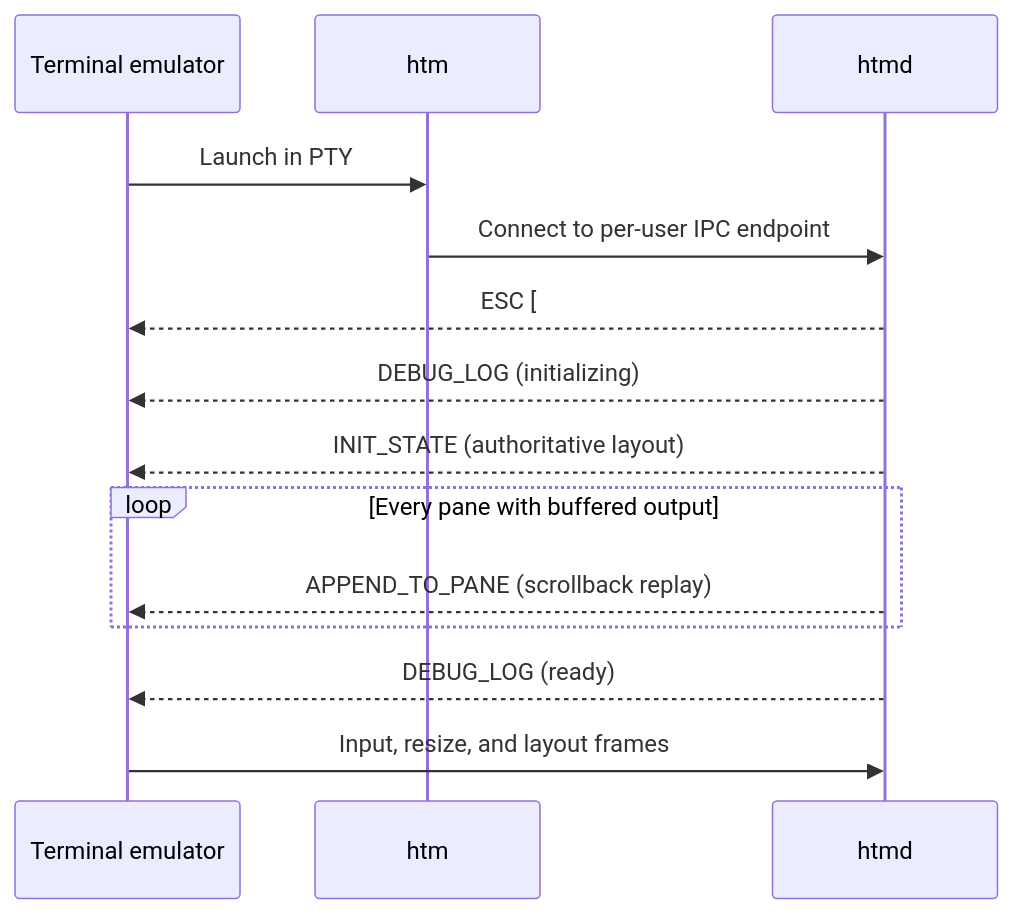
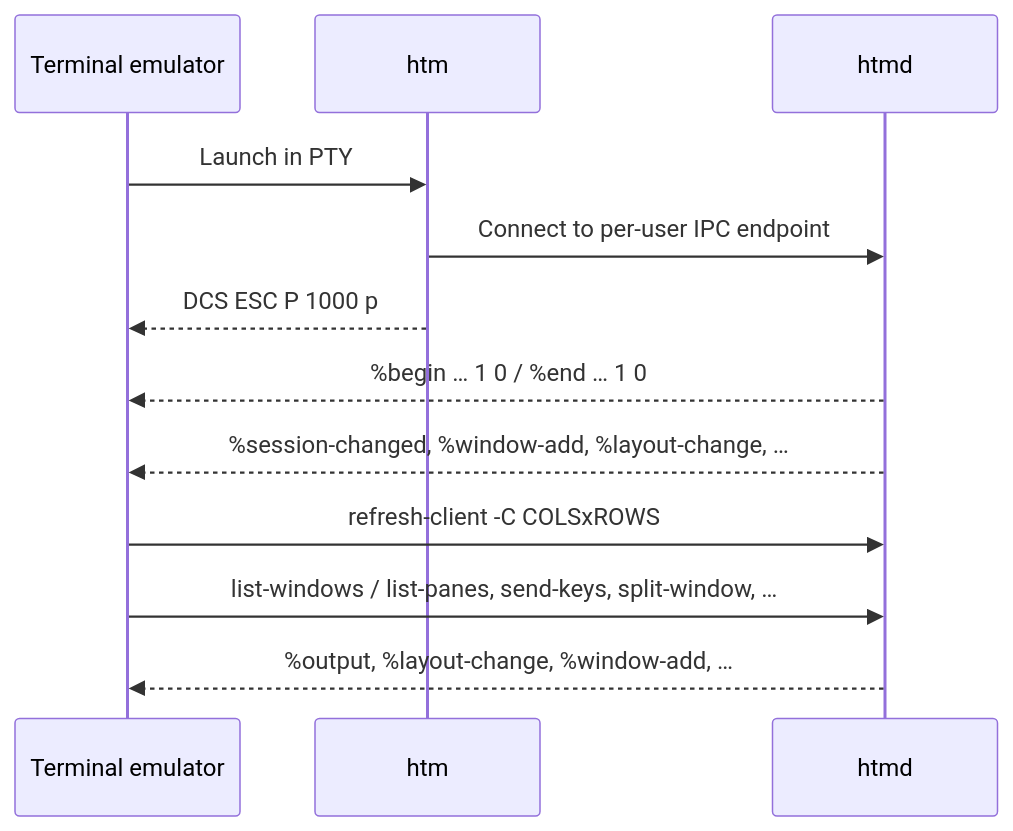
One commit to MisterTea/EternalTerminal changed the diagram in docs/htm-terminal-protocol.md. Above: the diagram before and after it, drawn with Mermaid. The commit also changed other lines of this file and 23 other files, not shown here.

````diff
--- a/docs/htm-terminal-protocol.md
+++ b/docs/htm-terminal-protocol.md
@@ -195,17 +70,15 @@
 ```mermaid
 sequenceDiagram
     participant E as Terminal emulator
     participant H as htm
     participant D as htmd
 
     E->>H: Launch in PTY
     H->>D: Connect to per-user IPC endpoint
-    D-->>E: ESC [ # # # q
-    D-->>E: DEBUG_LOG (initializing)
-    D-->>E: INIT_STATE (authoritative layout)
-    loop Every pane with buffered output
-        D-->>E: APPEND_TO_PANE (scrollback replay)
-    end
-    D-->>E: DEBUG_LOG (ready)
-    E->>D: Input, resize, and layout frames
+    H-->>E: DCS ESC P 1000 p
+    D-->>E: %begin … 1 0 / %end … 1 0
+    D-->>E: %session-changed, %window-add, %layout-change, …
+    E->>D: refresh-client -C COLSxROWS
+    E->>D: list-windows / list-panes, send-keys, split-window, …
+    D-->>E: %output, %layout-change, %window-add, …
 ```
````
